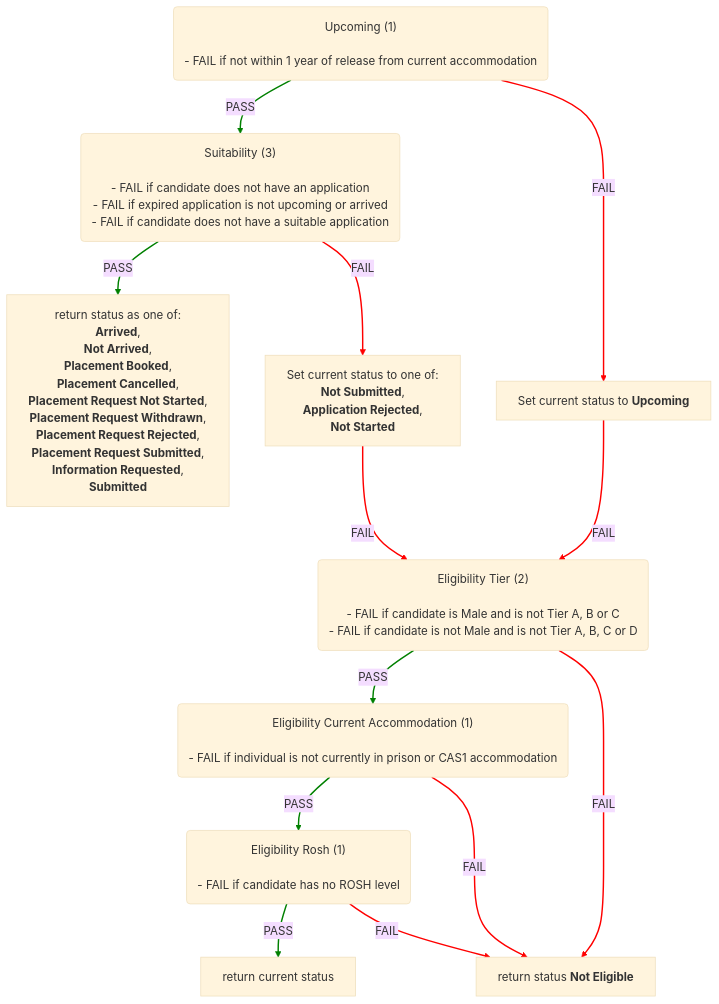
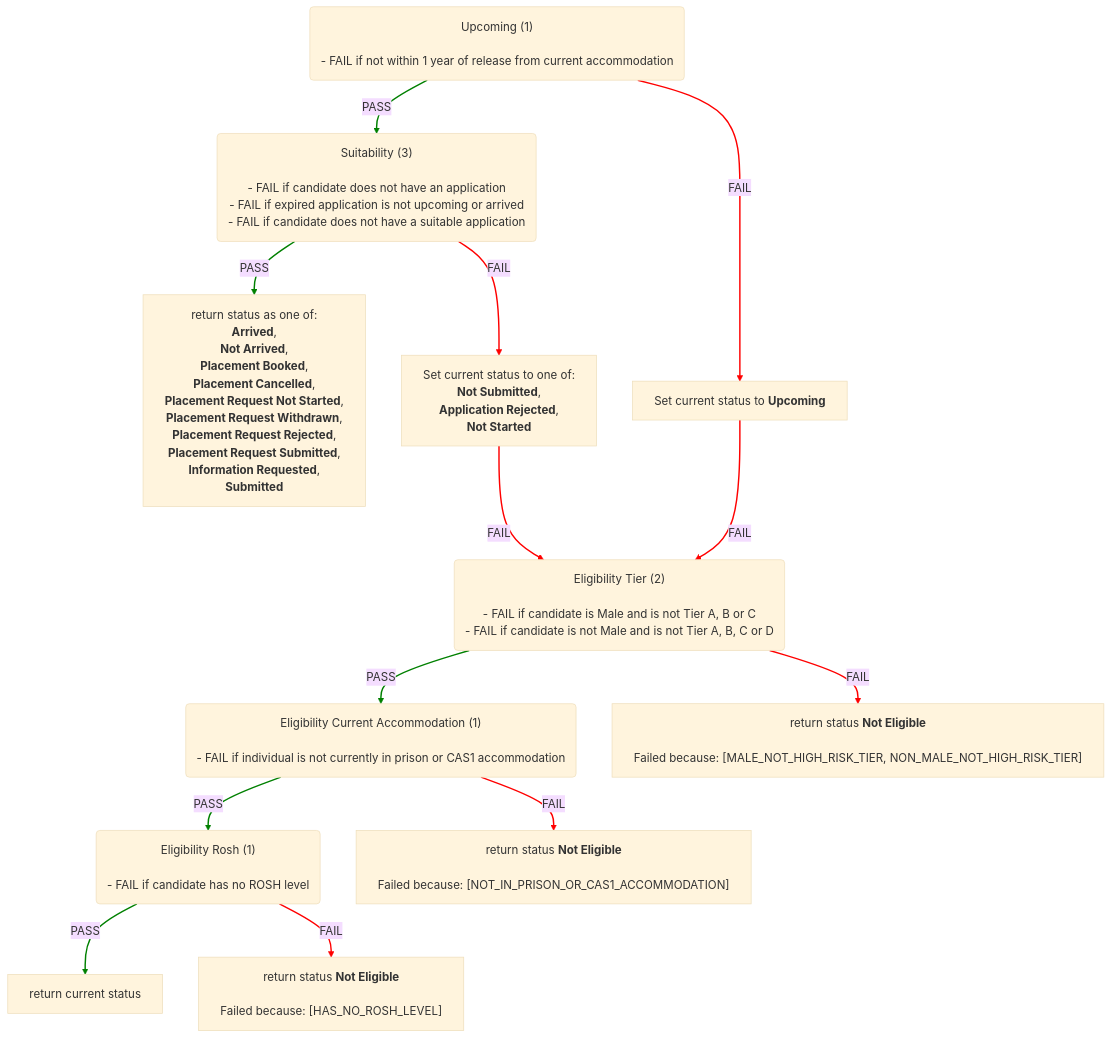
One commit to ministryofjustice/hmpps-single-accommodation-service-api changed the first of 6 diagrams in docs/eligibility-rules-graph.md. Above: the diagram before and after it, drawn with Mermaid (base theme). The commit also changed other lines of this file and 49 other files, not shown here.

Commit message:
chore/SAS-1533-Add-failure-reasons-to-static-graph

````diff
--- a/docs/eligibility-rules-graph.md
+++ b/docs/eligibility-rules-graph.md
@@ -9,54 +9,62 @@
 ```mermaid
 %%{init: {"flowchart": {"wrappingWidth": 800}}}%%
 flowchart TD
   Upcoming("Upcoming (1)
 
 - FAIL if not within 1 year of release from current accommodation")
   Suitability("Suitability (3)
 
 - FAIL if candidate does not have an application
 - FAIL if expired application is not upcoming or arrived
 - FAIL if candidate does not have a suitable application")
   return_status_as_one_of__Arrived___Not_Arrived___Placement_Booked___Placement_Cancelled___Placement_Request_Not_Started___Placement_Request_Withdrawn___Placement_Request_Rejected___Placement_Request_Submitted___Information_Requested___Submitted["return status as one of:
 <b>Arrived</b>,
  <b>Not Arrived</b>,
  <b>Placement Booked</b>,
  <b>Placement Cancelled</b>,
  <b>Placement Request Not Started</b>,
  <b>Placement Request Withdrawn</b>,
  <b>Placement Request Rejected</b>,
  <b>Placement Request Submitted</b>,
  <b>Information Requested</b>,
  <b>Submitted</b>"]
   Set_current_status_to_one_of__Not_Submitted___Application_Rejected___Not_Started["Set current status to one of:
 <b>Not Submitted</b>,
  <b>Application Rejected</b>,
  <b>Not Started</b>"]
   Eligibility_Tier("Eligibility Tier (2)
 
 - FAIL if candidate is Male and is not Tier A, B or C
 - FAIL if candidate is not Male and is not Tier A, B, C or D")
   Eligibility_Current_Accommodation("Eligibility Current Accommodation (1)
 
 - FAIL if individual is not currently in prison or CAS1 accommodation")
   Eligibility_Rosh("Eligibility Rosh (1)
 
 - FAIL if candidate has no ROSH level")
   return_current_status["return current status"]
-  return_status_Not_Eligible["return status <b>Not Eligible</b>"]
+  return_status_Not_Eligible__Failed_because___HAS_NO_ROSH_LEVEL_["return status <b>Not Eligible</b>
+
+Failed because: [HAS_NO_ROSH_LEVEL]"]
+  return_status_Not_Eligible__Failed_because___NOT_IN_PRISON_OR_CAS1_ACCOMMODATION_["return status <b>Not Eligible</b>
+
+Failed because: [NOT_IN_PRISON_OR_CAS1_ACCOMMODATION]"]
+  return_status_Not_Eligible__Failed_because___MALE_NOT_HIGH_RISK_TIER__NON_MALE_NOT_HIGH_RISK_TIER_["return status <b>Not Eligible</b>
+
+Failed because: [MALE_NOT_HIGH_RISK_TIER, NON_MALE_NOT_HIGH_RISK_TIER]"]
   Set_current_status_to_Upcoming["Set current status to <b>Upcoming</b>"]
   Suitability -->|PASS| return_status_as_one_of__Arrived___Not_Arrived___Placement_Booked___Placement_Cancelled___Placement_Request_Not_Started___Placement_Request_Withdrawn___Placement_Request_Rejected___Placement_Request_Submitted___Information_Requested___Submitted
   Suitability -->|FAIL| Set_current_status_to_one_of__Not_Submitted___Application_Rejected___Not_Started
   Eligibility_Rosh -->|PASS| return_current_status
-  Eligibility_Rosh -->|FAIL| return_status_Not_Eligible
+  Eligibility_Rosh -->|FAIL| return_status_Not_Eligible__Failed_because___HAS_NO_ROSH_LEVEL_
   Eligibility_Current_Accommodation -->|PASS| Eligibility_Rosh
-  Eligibility_Current_Accommodation -->|FAIL| return_status_Not_Eligible
+  Eligibility_Current_Accommodation -->|FAIL| return_status_Not_Eligible__Failed_because___NOT_IN_PRISON_OR_CAS1_ACCOMMODATION_
   Eligibility_Tier -->|PASS| Eligibility_Current_Accommodation
-  Eligibility_Tier -->|FAIL| return_status_Not_Eligible
+  Eligibility_Tier -->|FAIL| return_status_Not_Eligible__Failed_because___MALE_NOT_HIGH_RISK_TIER__NON_MALE_NOT_HIGH_RISK_TIER_
   Set_current_status_to_one_of__Not_Submitted___Application_Rejected___Not_Started -->|FAIL| Eligibility_Tier
   Upcoming -->|PASS| Suitability
   Upcoming -->|FAIL| Set_current_status_to_Upcoming
   Set_current_status_to_Upcoming -->|FAIL| Eligibility_Tier
   linkStyle 0,2,4,6,9 stroke:green,stroke-width:2px
   linkStyle 1,3,5,7,8,10,11 stroke:red,stroke-width:2px
 ```
````
